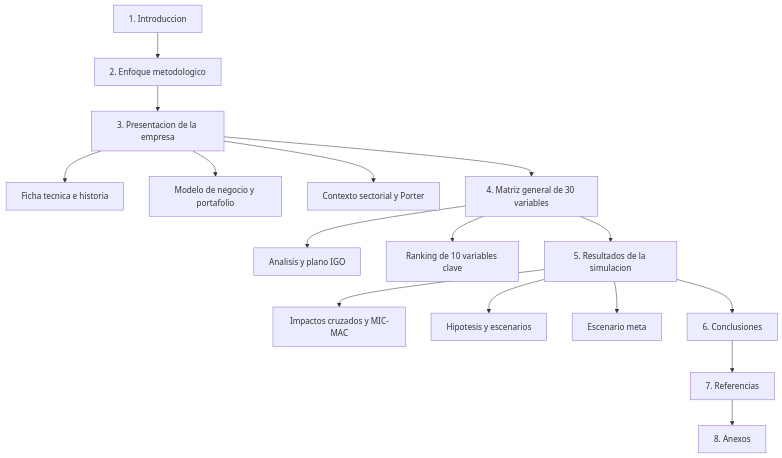
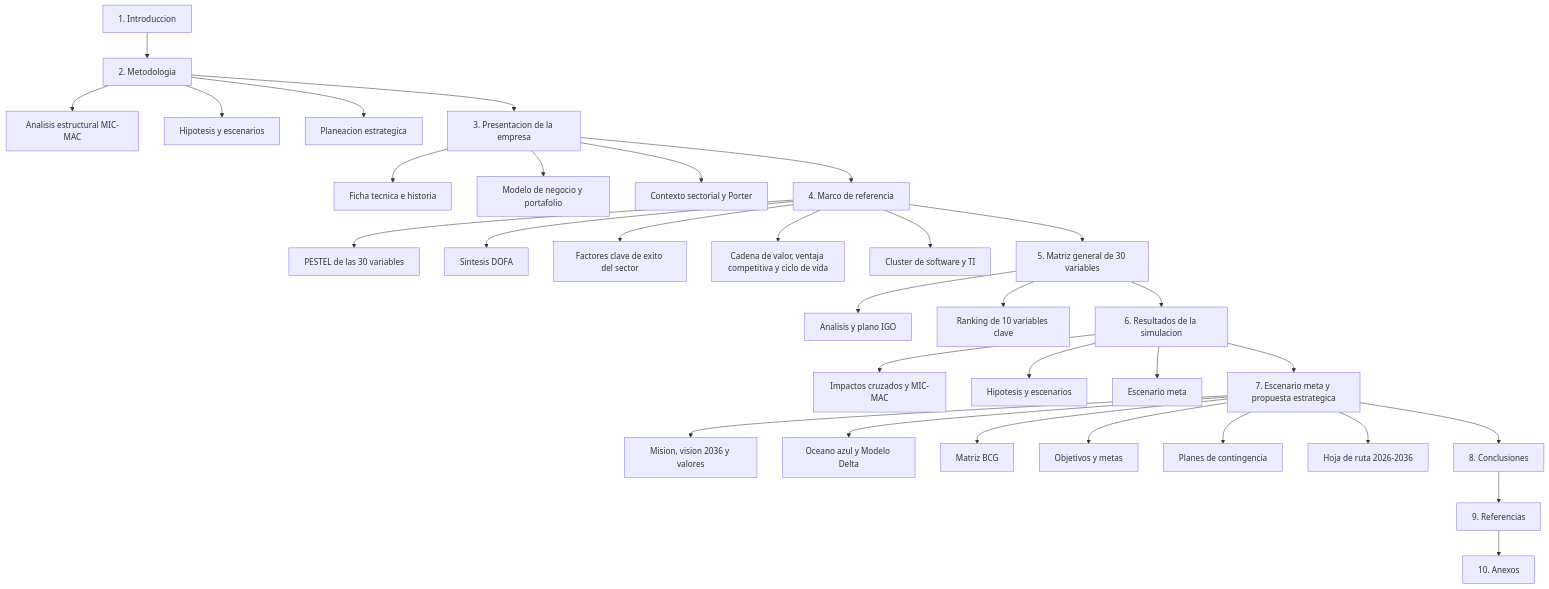
Before and after one commit to AlejoTechEngineer/imaginamos-2036-prospectiva-igo-micmac-escenario-meta: the first of 3 diagrams in README.md, drawn with Mermaid. The commit also changed other lines of this file and 2 other files, not shown here.

Commit message:
docs: actualiza README y agrega carpeta segunda-entrega con la propuesta estratégica

````diff
--- a/README.md
+++ b/README.md
@@ -122,18 +127,34 @@
 ```mermaid
 flowchart TD
-    A[1. Introduccion] --> B[2. Enfoque metodologico]
+    A[1. Introduccion] --> B[2. Metodologia]
+    B --> B1[Analisis estructural MIC-MAC]
+    B --> B2[Hipotesis y escenarios]
+    B --> B3[Planeacion estrategica]
     B --> C[3. Presentacion de la empresa]
     C --> C1[Ficha tecnica e historia]
     C --> C2[Modelo de negocio y portafolio]
     C --> C3[Contexto sectorial y Porter]
-    C --> D[4. Matriz general de 30 variables]
+    C --> M[4. Marco de referencia]
+    M --> M1[PESTEL de las 30 variables]
+    M --> M2[Sintesis DOFA]
+    M --> M3[Factores clave de exito del sector]
+    M --> M4[Cadena de valor, ventaja competitiva y ciclo de vida]
+    M --> M5[Cluster de software y TI]
+    M --> D[5. Matriz general de 30 variables]
     D --> D1[Analisis y plano IGO]
     D --> D2[Ranking de 10 variables clave]
-    D --> E[5. Resultados de la simulacion]
+    D --> E[6. Resultados de la simulacion]
     E --> E1[Impactos cruzados y MIC-MAC]
     E --> E2[Hipotesis y escenarios]
     E --> E3[Escenario meta]
-    E --> F[6. Conclusiones]
-    F --> G[7. Referencias]
-    G --> H[8. Anexos]
+    E --> P[7. Escenario meta y propuesta estrategica]
+    P --> P1[Mision, vision 2036 y valores]
+    P --> P2[Oceano azul y Modelo Delta]
+    P --> P3[Matriz BCG]
+    P --> P4[Objetivos y metas]
+    P --> P5[Planes de contingencia]
+    P --> P6[Hoja de ruta 2026-2036]
+    P --> F[8. Conclusiones]
+    F --> G[9. Referencias]
+    G --> H[10. Anexos]
 ```
````
